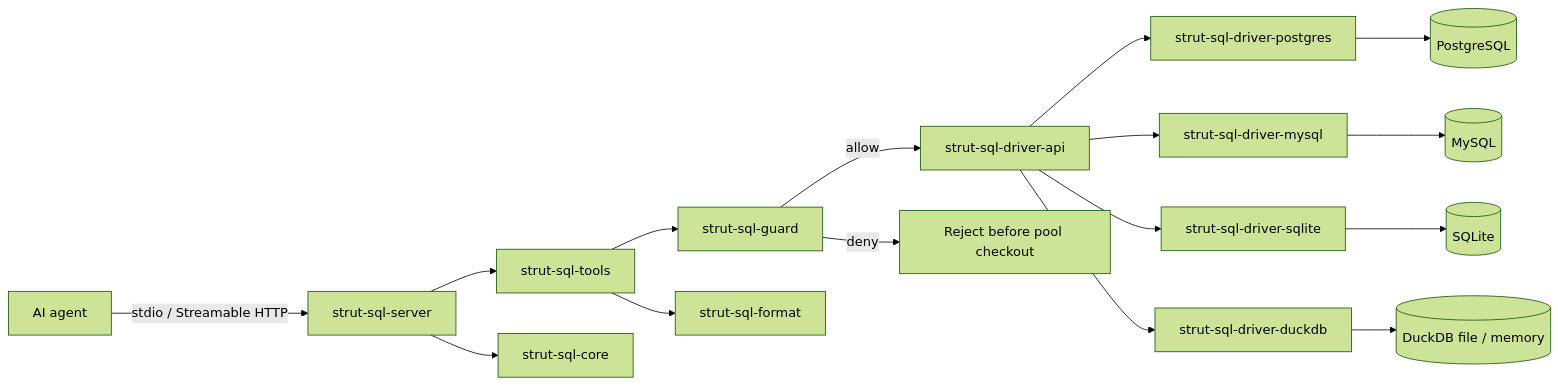
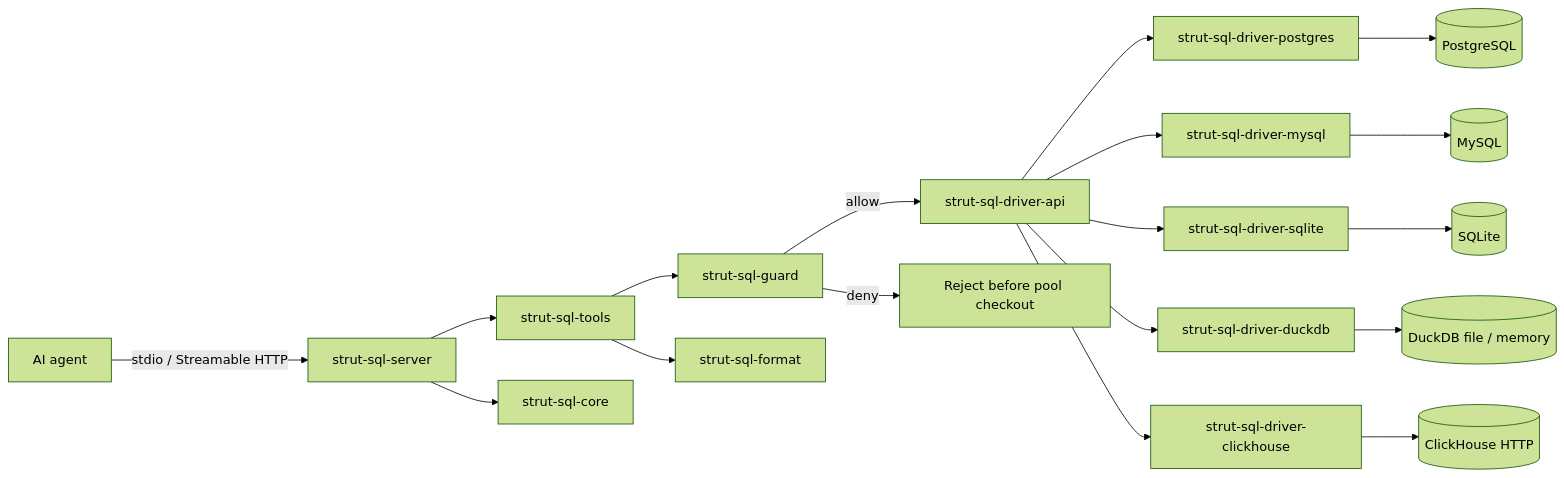
One commit to rzlco666/strut-stack-sql changed the diagram in README.md. Above: the diagram before and after it, drawn with Mermaid (forest theme). The commit also changed other lines of this file and 12 other files, not shown here.

````diff
--- a/README.md
+++ b/README.md
@@ -136,18 +136,20 @@
 ```mermaid
 flowchart LR
   Agent[AI agent] -->|stdio / Streamable HTTP| Server[strut-sql-server]
   Server --> Tools[strut-sql-tools]
   Tools --> Guard[strut-sql-guard]
   Guard -->|allow| DriverAPI[strut-sql-driver-api]
   Guard -->|deny| NoDB[Reject before pool checkout]
   DriverAPI --> PG[strut-sql-driver-postgres]
   DriverAPI --> MY[strut-sql-driver-mysql]
   DriverAPI --> SQ[strut-sql-driver-sqlite]
   DriverAPI --> DK[strut-sql-driver-duckdb]
+  DriverAPI --> CH[strut-sql-driver-clickhouse]
   PG --> DB[(PostgreSQL)]
   MY --> DB2[(MySQL)]
   SQ --> DB3[(SQLite)]
   DK --> DB4[(DuckDB file / memory)]
+  CH --> DB5[(ClickHouse HTTP)]
   Tools --> Format[strut-sql-format]
   Server --> Core[strut-sql-core]
 ```
````
